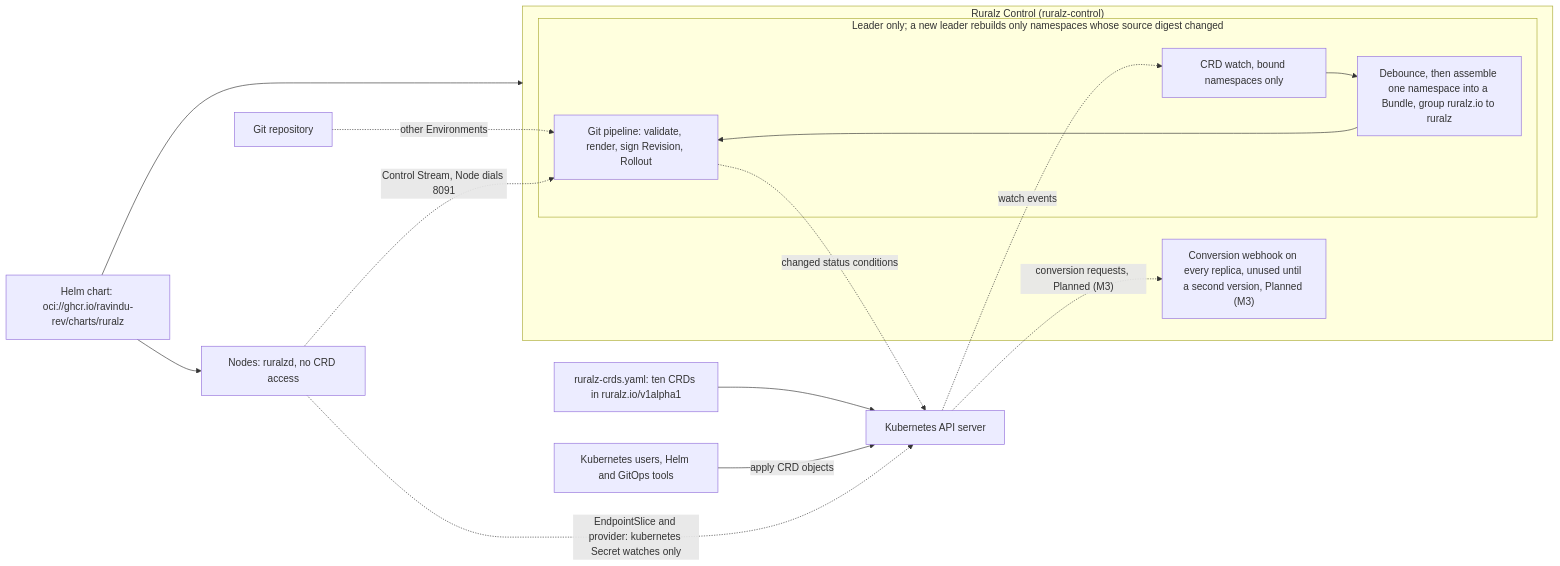
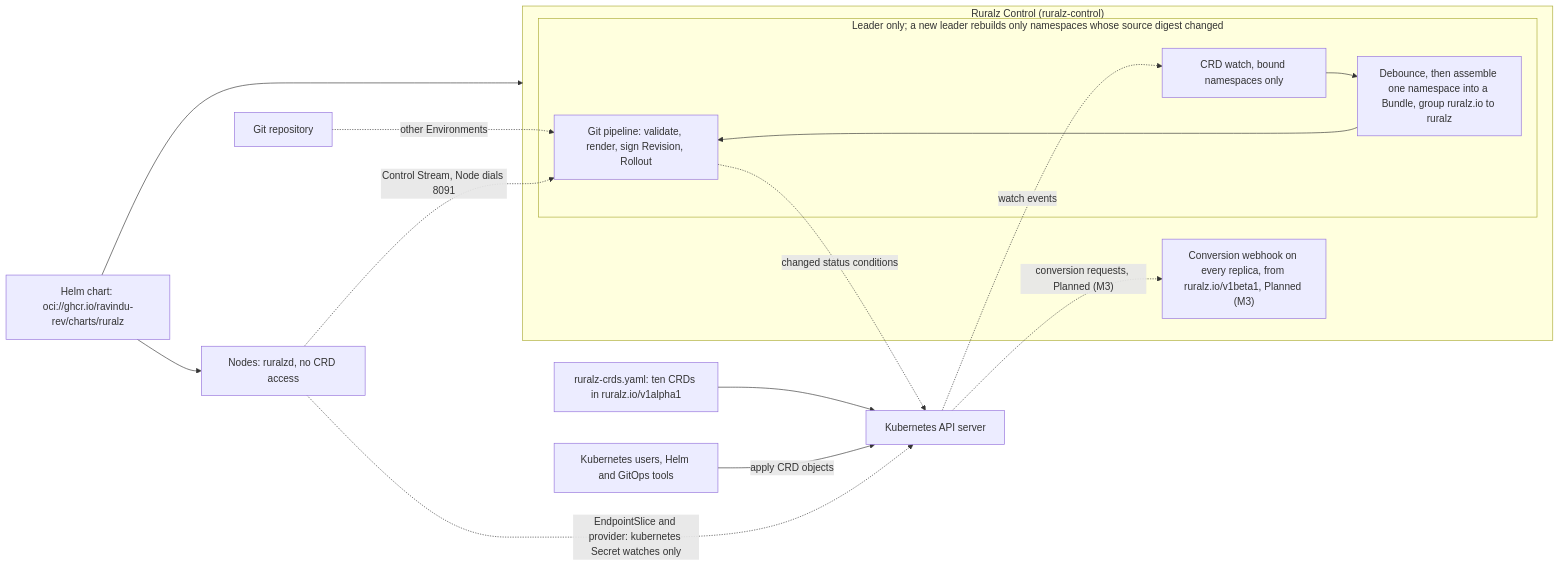
Before and after one commit to ravindu-rev/ruralz: the first of 2 diagrams in docs/adr/0016-kubernetes-helm-and-crds.md, drawn with Mermaid. The commit also changed other lines of this file and 29 other files, not shown here.

````diff
--- a/docs/adr/0016-kubernetes-helm-and-crds.md
+++ b/docs/adr/0016-kubernetes-helm-and-crds.md
@@ -59,29 +59,29 @@
 ```mermaid
 flowchart LR
     helm["Helm chart: oci://ghcr.io/ravindu-rev/charts/ruralz"]
     crds["ruralz-crds.yaml: ten CRDs in ruralz.io/v1alpha1"]
     users["Kubernetes users, Helm and GitOps tools"]
     api["Kubernetes API server"]
     git["Git repository"]
     subgraph ctl["Ruralz Control (ruralz-control)"]
         subgraph lead["Leader only; a new leader rebuilds only namespaces whose source digest changed"]
             watch["CRD watch, bound namespaces only"]
             asm["Debounce, then assemble one namespace into a Bundle, group ruralz.io to ruralz"]
             pipe["Git pipeline: validate, render, sign Revision, Rollout"]
         end
-        conv["Conversion webhook on every replica, unused until a second version, Planned (M3)"]
+        conv["Conversion webhook on every replica, from ruralz.io/v1beta1, Planned (M3)"]
     end
     nodes["Nodes: ruralzd, no CRD access"]
     helm --> ctl
     helm --> nodes
     crds --> api
     users -->|"apply CRD objects"| api
     api -.->|"watch events"| watch
     watch --> asm
     asm --> pipe
     git -.->|"other Environments"| pipe
     api -.->|"conversion requests, Planned (M3)"| conv
     pipe -.->|"changed status conditions"| api
     nodes -.->|"Control Stream, Node dials 8091"| pipe
     nodes -.->|"EndpointSlice and provider: kubernetes Secret watches only"| api
 ```
````
